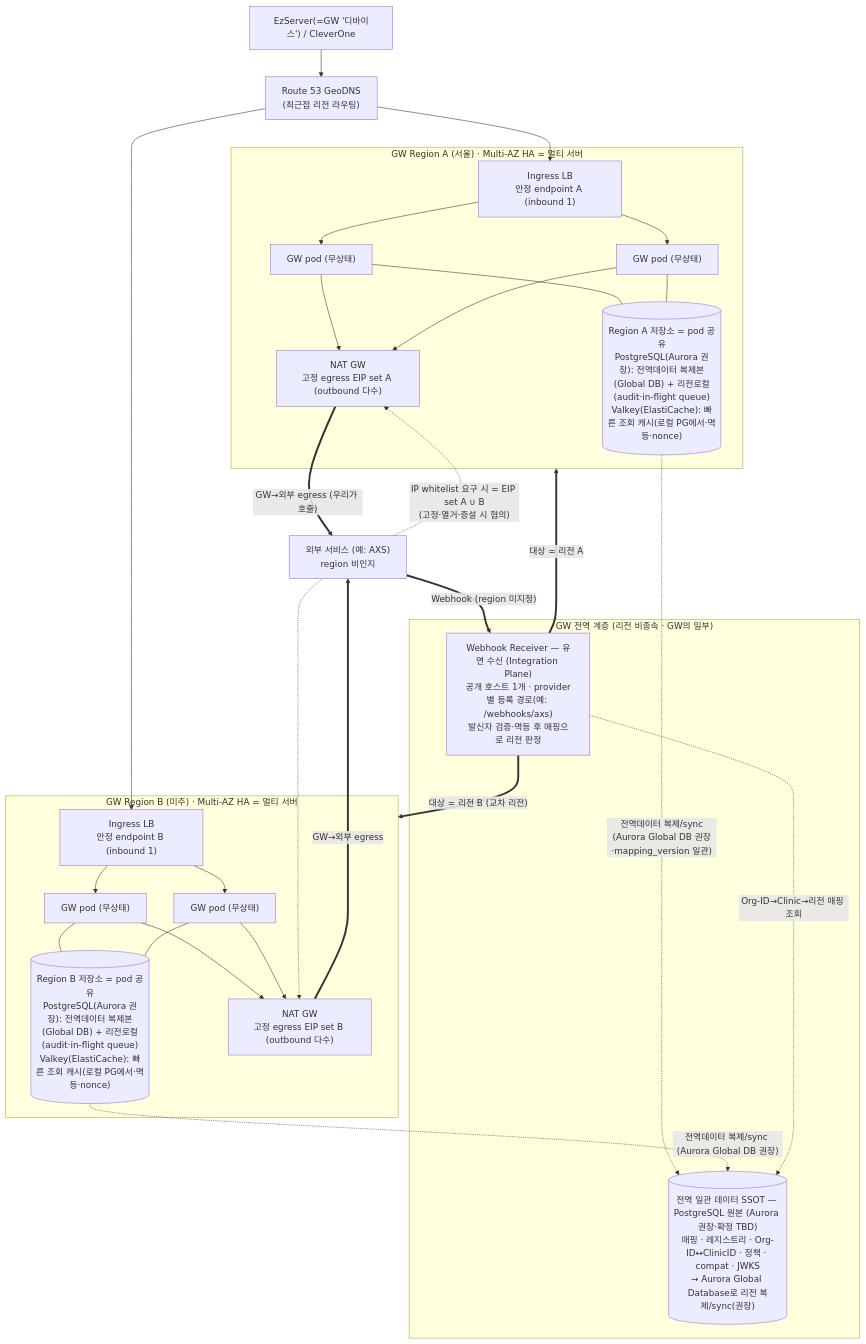
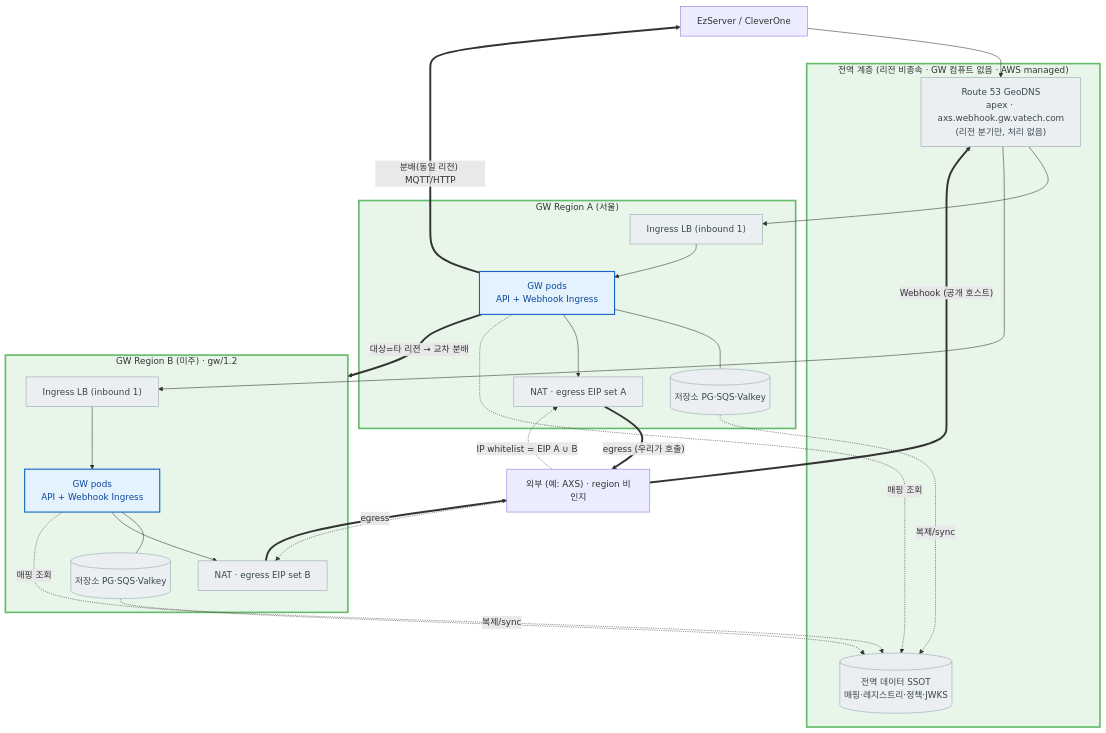
One commit to gracegyu/scp-architecture changed the third of 14 diagrams in docs/VT_API_Gateway/08.VT_API_Gateway/specs/03-srs-gateway/SRS.md. Above: the diagram before and after it, drawn with Mermaid. The commit also changed other lines of this file and 4 other files, not shown here.

Commit message:
문서 업데이트: VT API Gateway의 설정 파일에 새로운 스크립트를 추가하여 OpenAPI 문서의 오류 계약 및 응답 처리 방안을 보강하고, SRS 문서에서 Webhook Dispatcher 및 Webhook Ingress에 대한 내용을 추가하여 시스템의 복원력을 강화하였습니다. 또한, 주간회의 아젠다에서 스펙 작성 순서 및 Gantt 차트를 업데이트하여 문서의 정합성을 높였습니다.

````diff
--- a/docs/VT_API_Gateway/08.VT_API_Gateway/specs/03-srs-gateway/SRS.md
+++ b/docs/VT_API_Gateway/08.VT_API_Gateway/specs/03-srs-gateway/SRS.md
@@ -199,56 +224,57 @@
 ```mermaid
 flowchart TB
-    EZ["EzServer(=GW '디바이스') / CleverOne"]
-    R53["Route 53 GeoDNS<br/>(최근접 리전 라우팅)"]
-    EZ --> R53
+    EZ["EzServer / CleverOne"]
+    EXT["외부 (예: AXS) · region 비인지"]
 
-    subgraph GTIER["GW 전역 계층 (리전 비종속 · GW의 일부)"]
-        WHIN["Webhook Receiver — 유연 수신 (Integration Plane)<br/>공개 호스트 1개 · provider별 등록 경로(예: /webhooks/axs)<br/>발신자 검증·멱등 후 매핑으로 리전 판정"]
-        GLOBAL[("전역 일관 데이터 SSOT — PostgreSQL 원본 (Aurora 권장·확정 TBD)<br/>매핑 · 레지스트리 · Org-ID↔ClinicID · 정책 · compat · JWKS<br/>→ Aurora Global Database로 리전 복제/sync(권장)")]
+    subgraph RA["GW Region A (서울)"]
+        LBA["Ingress LB (inbound 1)"]
+        GA["GW pods<br/>API + Webhook Ingress"]
+        STA[("저장소 PG·SQS·Valkey")]
+        NATA["NAT · egress EIP set A"]
+        LBA --> GA
+        GA --- STA
+        GA --> NATA
     end
 
-    subgraph RA["GW Region A (서울) · Multi-AZ HA = 멀티 서버"]
-        LBA["Ingress LB<br/>안정 endpoint A (inbound 1)"]
-        GA1["GW pod (무상태)"]
-        GA2["GW pod (무상태)"]
-        STA[("Region A 저장소 = pod 공유<br/>PostgreSQL(Aurora 권장): 전역데이터 복제본(Global DB) + 리전로컬(audit·in-flight queue)<br/>Valkey(ElastiCache): 빠른 조회 캐시(로컬 PG에서·멱등·nonce)")]
-        NATA["NAT GW<br/>고정 egress EIP set A (outbound 다수)"]
-        LBA --> GA1
-        LBA --> GA2
-        GA1 --- STA
-        GA2 --- STA
-        GA1 --> NATA
-        GA2 --> NATA
+    subgraph GTIER["전역 계층 (리전 비종속 · GW 컴퓨트 없음 · AWS managed)"]
+        DNS["Route 53 GeoDNS<br/>apex · axs.webhook.gw.vatech.com<br/>(리전 분기만, 처리 없음)"]
+        GLOBAL[("전역 데이터 SSOT<br/>매핑·레지스트리·정책·JWKS")]
     end
 
-    subgraph RB["GW Region B (미주) · Multi-AZ HA = 멀티 서버"]
-        LBB["Ingress LB<br/>안정 endpoint B (inbound 1)"]
-        GB1["GW pod (무상태)"]
-        GB2["GW pod (무상태)"]
-        STB[("Region B 저장소 = pod 공유<br/>PostgreSQL(Aurora 권장): 전역데이터 복제본(Global DB) + 리전로컬(audit·in-flight queue)<br/>Valkey(ElastiCache): 빠른 조회 캐시(로컬 PG에서·멱등·nonce)")]
-        NATB["NAT GW<br/>고정 egress EIP set B (outbound 다수)"]
-        LBB --> GB1
-        LBB --> GB2
-        GB1 --- STB
-        GB2 --- STB
-        GB1 --> NATB
-        GB2 --> NATB
+    subgraph RB["GW Region B (미주) · gw/1.2"]
+        LBB["Ingress LB (inbound 1)"]
+        GB["GW pods<br/>API + Webhook Ingress"]
+        STB[("저장소 PG·SQS·Valkey")]
+        NATB["NAT · egress EIP set B"]
+        LBB --> GB
+        GB --- STB
+        GB --> NATB
     end
 
-    R53 --> LBA
-    R53 --> LBB
+    EZ --> DNS
+    EXT ==>|"Webhook (공개 호스트)"| DNS
+    DNS --> LBA
+    DNS --> LBB
 
-    STA -.->|"전역데이터 복제/sync<br/>(Aurora Global DB 권장·mapping_version 일관)"| GLOBAL
-    STB -.->|"전역데이터 복제/sync (Aurora Global DB 권장)"| GLOBAL
+    STA -.->|"복제/sync"| GLOBAL
+    STB -.->|"복제/sync"| GLOBAL
+    GA -.->|"매핑 조회"| GLOBAL
+    GB -.->|"매핑 조회"| GLOBAL
 
-    EXT["외부 서비스 (예: AXS)<br/>region 비인지"]
-    NATA ==>|"GW→외부 egress (우리가 호출)"| EXT
-    NATB ==>|"GW→외부 egress"| EXT
-    EXT -.->|"IP whitelist 요구 시 = EIP set A ∪ B<br/>(고정·열거·증설 시 협의)"| NATA
+    NATA ==>|"egress (우리가 호출)"| EXT
+    NATB ==>|"egress"| EXT
+    EXT -.->|"IP whitelist = EIP A ∪ B"| NATA
     EXT -.-> NATB
 
-    EXT ==>|"Webhook (region 미지정)"| WHIN
-    WHIN -.->|"Org-ID→Clinic→리전 매핑 조회"| GLOBAL
-    WHIN ==>|"대상 = 리전 A"| RA
-    WHIN ==>|"대상 = 리전 B (교차 리전)"| RB
+    GA ==>|"분배(동일 리전) MQTT/HTTP"| EZ
+    GA ==>|"대상=타 리전 → 교차 분배"| RB
+
+    %% GW(본 SRS) 범위=전역 계층+각 리전(연두). GW 소프트웨어(pods)=연파랑, managed AWS(DNS·DB·LB·NAT)=회색
+    style GTIER fill:#e8f5e9,stroke:#66bb6a,stroke-width:3px
+    style RA fill:#e8f5e9,stroke:#66bb6a,stroke-width:3px
+    style RB fill:#e8f5e9,stroke:#66bb6a,stroke-width:3px
+    classDef srsTarget fill:#e3f2fd,stroke:#1565c0,stroke-width:2px,color:#0d47a1
+    classDef mgd fill:#eceff1,stroke:#90a4ae,color:#37474f
+    class GA,GB srsTarget
+    class DNS,GLOBAL,STA,STB,NATA,NATB,LBA,LBB mgd
 ```
````
